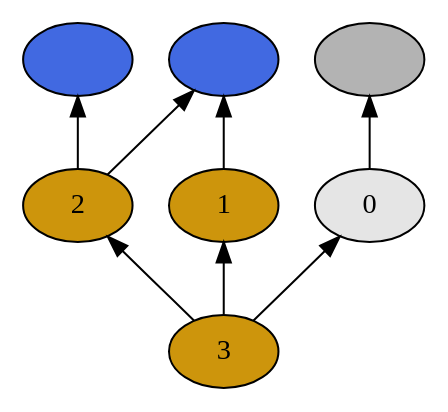
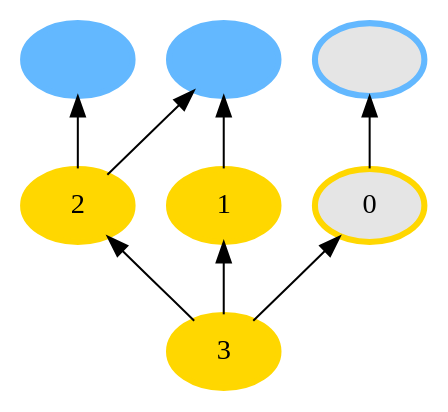
One commit to probcomp/Venturecxx changed the diagram in backend/cxx/pdf_graphs/tutorial_1/dot25.dot. Above: the diagram before and after it, drawn with Graphviz. The commit also changed 54 other files, not shown here.

```diff
--- a/backend/cxx/pdf_graphs/tutorial_1/dot25.dot
+++ b/backend/cxx/pdf_graphs/tutorial_1/dot25.dot
@@ -1,18 +1,18 @@
 digraph {
 rankdir=BT
 fontsize=24
-1["shape" ="ellipse" "style" ="filled" "fillcolor" ="darkgoldenrod3" "label" ="3" ]
-2["shape" ="ellipse" "style" ="filled" "fillcolor" ="darkgoldenrod3" "label" ="2" ]
-3["shape" ="ellipse" "style" ="filled" "fillcolor" ="darkgoldenrod3" "label" ="1" ]
-4["shape" ="ellipse" "style" ="filled" "fillcolor" ="grey90" "label" ="0" ]
-5["shape" ="ellipse" "style" ="filled" "fillcolor" ="royalblue" "label" ="" ]
-6["shape" ="ellipse" "style" ="filled" "fillcolor" ="royalblue" "label" ="" ]
-7["shape" ="ellipse" "style" ="filled" "fillcolor" ="grey70" "label" ="" ]
+1["style" ="filled" "color" ="gold" "label" ="3" "shape" ="ellipse" "fillcolor" ="gold" "penwidth" ="3" ]
+2["style" ="filled" "color" ="gold" "label" ="2" "shape" ="ellipse" "fillcolor" ="gold" "penwidth" ="3" ]
+3["style" ="filled" "color" ="gold" "label" ="1" "shape" ="ellipse" "fillcolor" ="gold" "penwidth" ="3" ]
+4["style" ="filled" "color" ="gold" "label" ="0" "shape" ="ellipse" "fillcolor" ="grey90" "penwidth" ="3" ]
+5["style" ="filled" "color" ="steelblue1" "label" ="" "shape" ="ellipse" "fillcolor" ="steelblue1" "penwidth" ="3" ]
+6["style" ="filled" "color" ="steelblue1" "label" ="" "shape" ="ellipse" "fillcolor" ="steelblue1" "penwidth" ="3" ]
+7["style" ="filled" "color" ="steelblue1" "label" ="" "shape" ="ellipse" "fillcolor" ="grey90" "penwidth" ="3" ]
 1 -> 2["color" ="black" "style" ="solid" "arrowhead" ="normal" ]
 1 -> 3["color" ="black" "style" ="solid" "arrowhead" ="normal" ]
 1 -> 4["color" ="black" "style" ="solid" "arrowhead" ="normal" ]
 2 -> 5["color" ="black" "style" ="solid" "arrowhead" ="normal" ]
 2 -> 6["color" ="black" "style" ="solid" "arrowhead" ="normal" ]
 3 -> 6["color" ="black" "style" ="solid" "arrowhead" ="normal" ]
 4 -> 7["color" ="black" "style" ="solid" "arrowhead" ="normal" ]
 }
```
